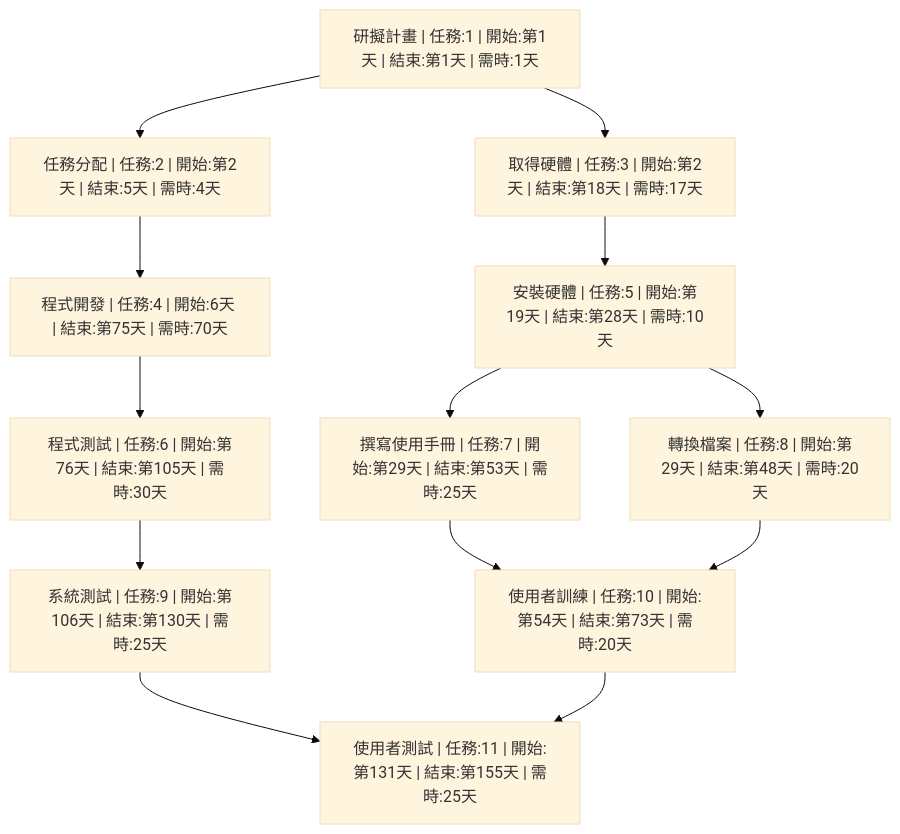
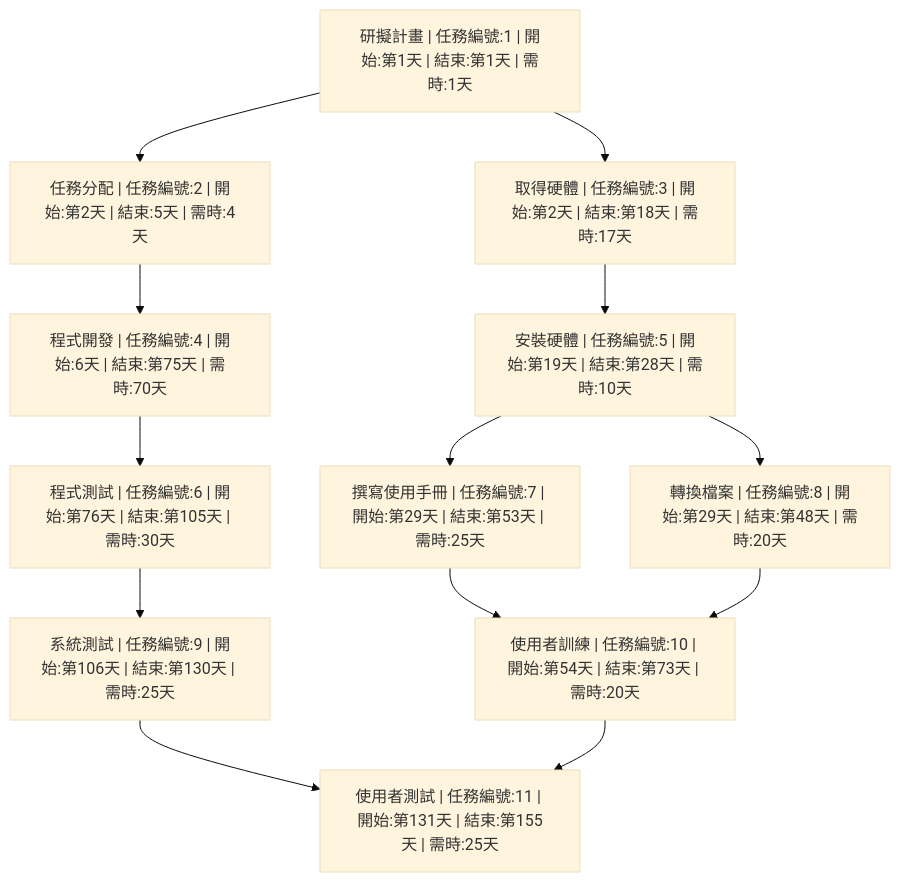
The first of 2 diagrams in hw2.md (yyying29/2024_homework), drawn with Mermaid (base theme) before and after one commit.

````diff
--- a/hw2.md
+++ b/hw2.md
@@ -3,23 +3,23 @@
 ```mermaid
 graph TD	
-    no1["研擬計畫 | 任務:1 | 開始:第1天 | 結束:第1天 | 需時:1天"] --> no2["任務分配 | 任務:2 | 開始:第2天 | 結束:5天 | 需時:4天"]    
-    no1 --> no3["取得硬體 | 任務:3 | 開始:第2天 | 結束:第18天 | 需時:17天"]
+    no1["研擬計畫 | 任務編號:1 | 開始:第1天 | 結束:第1天 | 需時:1天"] --> no2["任務分配 | 任務編號:2 | 開始:第2天 | 結束:5天 | 需時:4天"]    
+    no1 --> no3["取得硬體 | 任務編號:3 | 開始:第2天 | 結束:第18天 | 需時:17天"]
       
-    no2 --> no4["程式開發 | 任務:4 | 開始:6天 | 結束:第75天 | 需時:70天"]
+    no2 --> no4["程式開發 | 任務編號:4 | 開始:6天 | 結束:第75天 | 需時:70天"]
     
-    no3 --> no5["安裝硬體 | 任務:5 | 開始:第19天 | 結束:第28天 | 需時:10天"]
+    no3 --> no5["安裝硬體 | 任務編號:5 | 開始:第19天 | 結束:第28天 | 需時:10天"]
     
-    no4 --> no6["程式測試 | 任務:6 | 開始:第76天 | 結束:第105天 | 需時:30天"]
+    no4 --> no6["程式測試 | 任務編號:6 | 開始:第76天 | 結束:第105天 | 需時:30天"]
     
-    no5 --> no7["撰寫使用手冊 | 任務:7 | 開始:第29天 | 結束:第53天 | 需時:25天"]
-    no5 --> no8["轉換檔案 | 任務:8 | 開始:第29天 | 結束:第48天 | 需時:20天"]
+    no5 --> no7["撰寫使用手冊 | 任務編號:7 | 開始:第29天 | 結束:第53天 | 需時:25天"]
+    no5 --> no8["轉換檔案 | 任務編號:8 | 開始:第29天 | 結束:第48天 | 需時:20天"]
     
-    no6 --> no9["系統測試 | 任務:9 | 開始:第106天 | 結束:第130天 | 需時:25天"]
+    no6 --> no9["系統測試 | 任務編號:9 | 開始:第106天 | 結束:第130天 | 需時:25天"]
     
-    no7 --> no10["使用者訓練 | 任務:10 | 開始:第54天 | 結束:第73天 | 需時:20天"]
+    no7 --> no10["使用者訓練 | 任務編號:10 | 開始:第54天 | 結束:第73天 | 需時:20天"]
     no8 --> no10
     
-    no9 --> no11["使用者測試 | 任務:11 | 開始:第131天 | 結束:第155天 | 需時:25天"]
+    no9 --> no11["使用者測試 | 任務編號:11 | 開始:第131天 | 結束:第155天 | 需時:25天"]
     no10 -->no11
    
 ```
````
